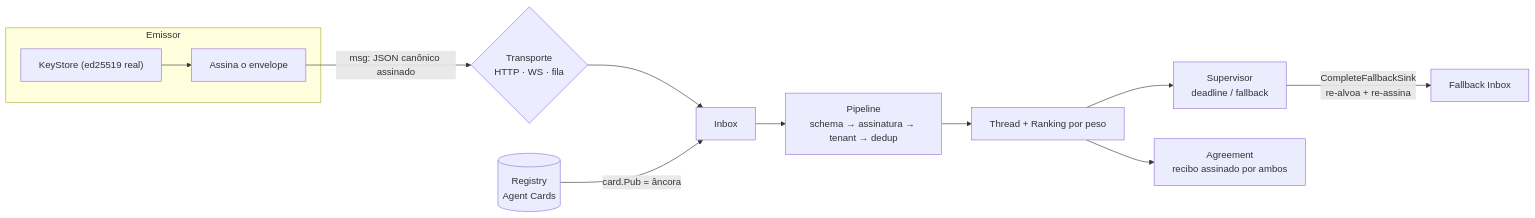
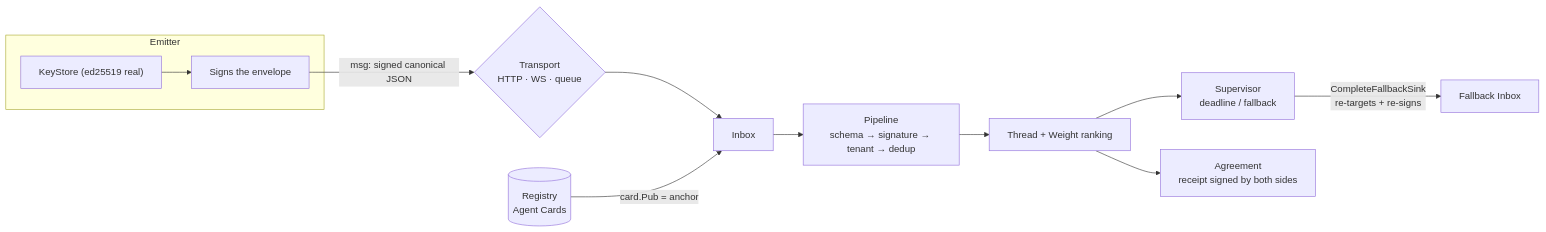
The diagram in README.md (mrschneider/parley), drawn with Mermaid before and after one commit. The commit also changed other lines of this file and 44 other files, not shown here.

````diff
--- a/README.md
+++ b/README.md
@@ -18,16 +18,16 @@
 ```mermaid
 flowchart LR
-  subgraph Emissor
+  subgraph Emitter
     KS["KeyStore (ed25519 real)"]
-    TX["Assina o envelope"]
+    TX["Signs the envelope"]
     KS --> TX
   end
-  TX -->|"msg: JSON canônico assinado"| T{"Transporte<br/>HTTP · WS · fila"}
+  TX -->|"msg: signed canonical JSON"| T{"Transport<br/>HTTP · WS · queue"}
   T --> I["Inbox"]
-  D[("Registry<br/>Agent Cards")] -->|"card.Pub = âncora"| I
-  I --> P["Pipeline<br/>schema → assinatura → tenant → dedup"]
-  P --> TH["Thread + Ranking por peso"]
+  D[("Registry<br/>Agent Cards")] -->|"card.Pub = anchor"| I
+  I --> P["Pipeline<br/>schema → signature → tenant → dedup"]
+  P --> TH["Thread + Weight ranking"]
   TH --> S["Supervisor<br/>deadline / fallback"]
-  S -->|"CompleteFallbackSink<br/>re-alvoa + re-assina"| F["Fallback Inbox"]
-  TH --> A["Agreement<br/>recibo assinado por ambos"]
+  S -->|"CompleteFallbackSink<br/>re-targets + re-signs"| F["Fallback Inbox"]
+  TH --> A["Agreement<br/>receipt signed by both sides"]
 ```
````
